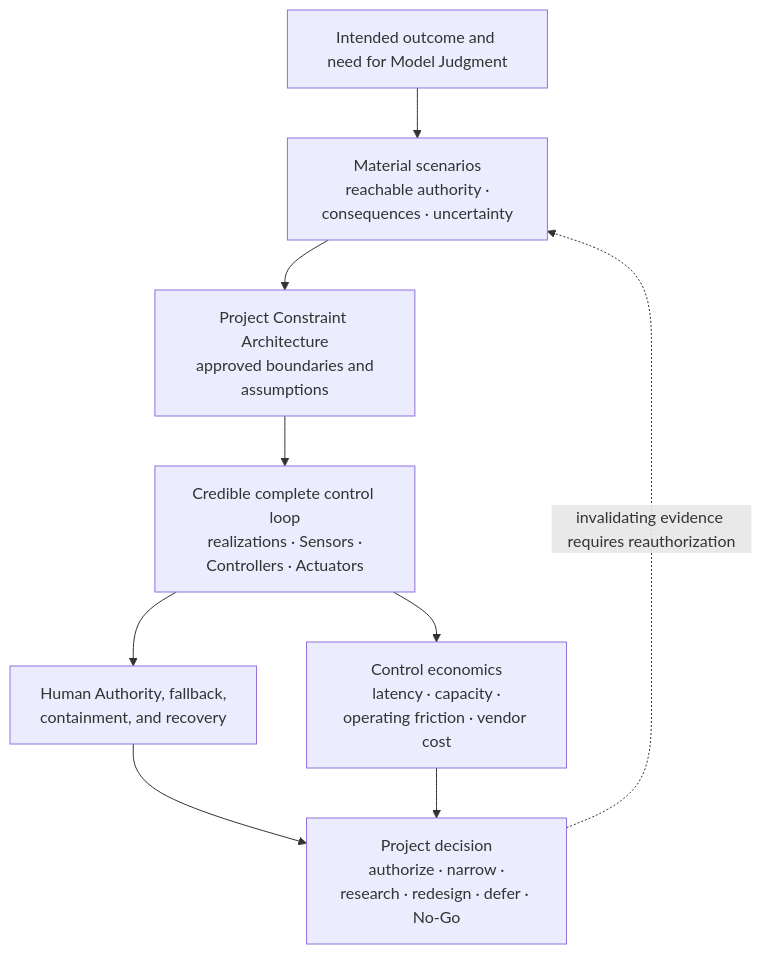
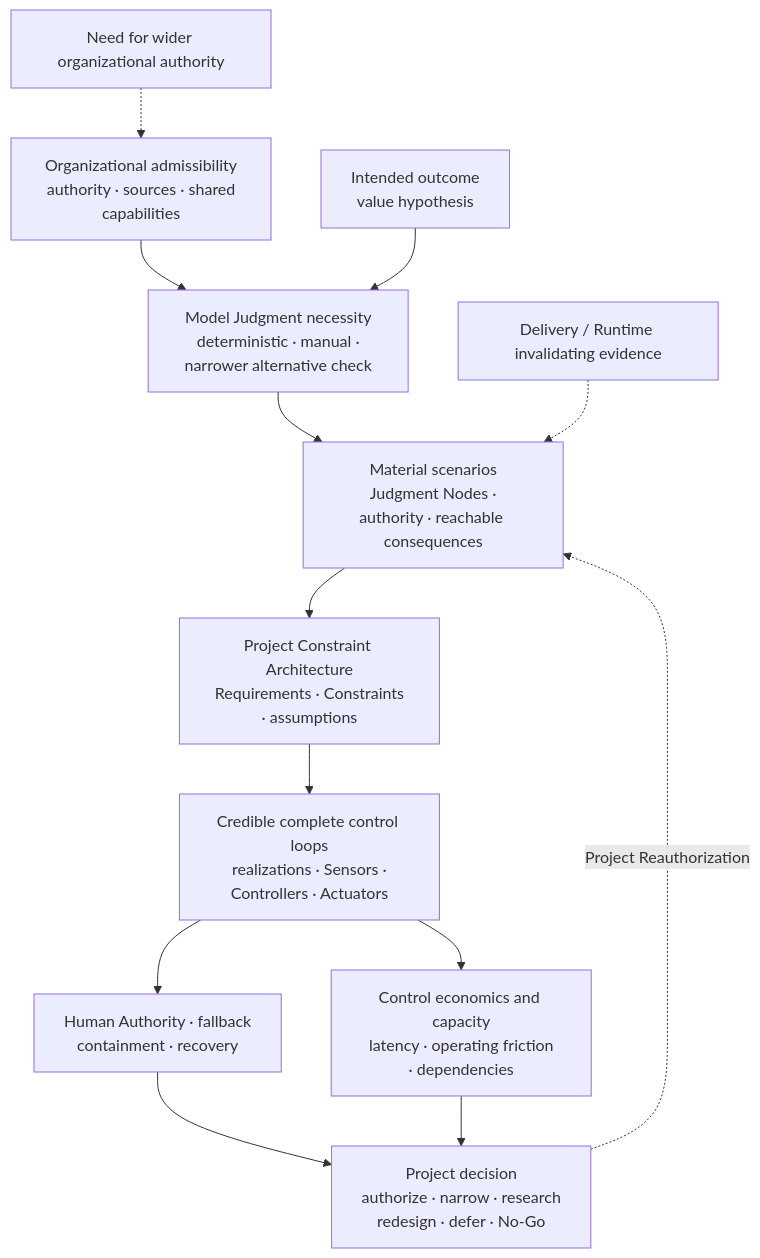
One commit to UncertaintyArchitectureGroup/uncertainty-architecture changed diagram 11 of 15 in content/research/notes/open-engineering-specification-article-draft.md. Above: the diagram before and after it, drawn with Mermaid. The commit also changed other lines of this file and 1 other file, not shown here.

Commit message:
docs(research): rewrite Section 4 operating map

````diff
--- a/content/research/notes/open-engineering-specification-article-draft.md
+++ b/content/research/notes/open-engineering-specification-article-draft.md
@@ -568,17 +614,22 @@
 ```mermaid
 flowchart TB
-    OUT["Intended outcome and need for Model Judgment"]
-    RISK["Material scenarios<br/> reachable authority · consequences · uncertainty"]
-    K["Project Constraint Architecture<br/> approved boundaries and assumptions"]
-    LOOP["Credible complete control loop<br/> realizations · Sensors · Controllers · Actuators"]
-    HUMAN["Human Authority, fallback,<br/> containment, and recovery"]
-    ECON["Control economics<br/> latency · capacity · operating friction · vendor cost"]
-    DEC["Project decision<br/> authorize · narrow · research · redesign · defer · No-Go"]
+    ORG["Organizational admissibility<br/> authority · sources · shared capabilities"]
+    OUT["Intended outcome<br/> value hypothesis"]
+    NEED["Model Judgment necessity<br/> deterministic · manual · narrower alternative check"]
+    RISK["Material scenarios<br/> Judgment Nodes · authority · reachable consequences"]
+    K["Project Constraint Architecture<br/> Requirements · Constraints · assumptions"]
+    LOOP["Credible complete control loops<br/> realizations · Sensors · Controllers · Actuators"]
+    HUMAN["Human Authority · fallback<br/> containment · recovery"]
+    ECON["Control economics and capacity<br/> latency · operating friction · dependencies"]
+    DEC["Project decision<br/> authorize · narrow · research<br/> redesign · defer · No-Go"]
+    RE["Delivery / Runtime invalidating evidence"]
+    WIDE["Need for wider organizational authority"]
 
-    OUT --> RISK --> K --> LOOP
-    LOOP --> HUMAN
-    LOOP --> ECON
-    HUMAN --> DEC
-    ECON --> DEC
-    DEC -. invalidating evidence requires reauthorization .-> RISK
+    ORG --> NEED
+    OUT --> NEED --> RISK --> K --> LOOP
+    LOOP --> HUMAN --> DEC
+    LOOP --> ECON --> DEC
+    RE -.-> RISK
+    DEC -. Project Reauthorization .-> RISK
+    WIDE -.-> ORG
 ```
````
